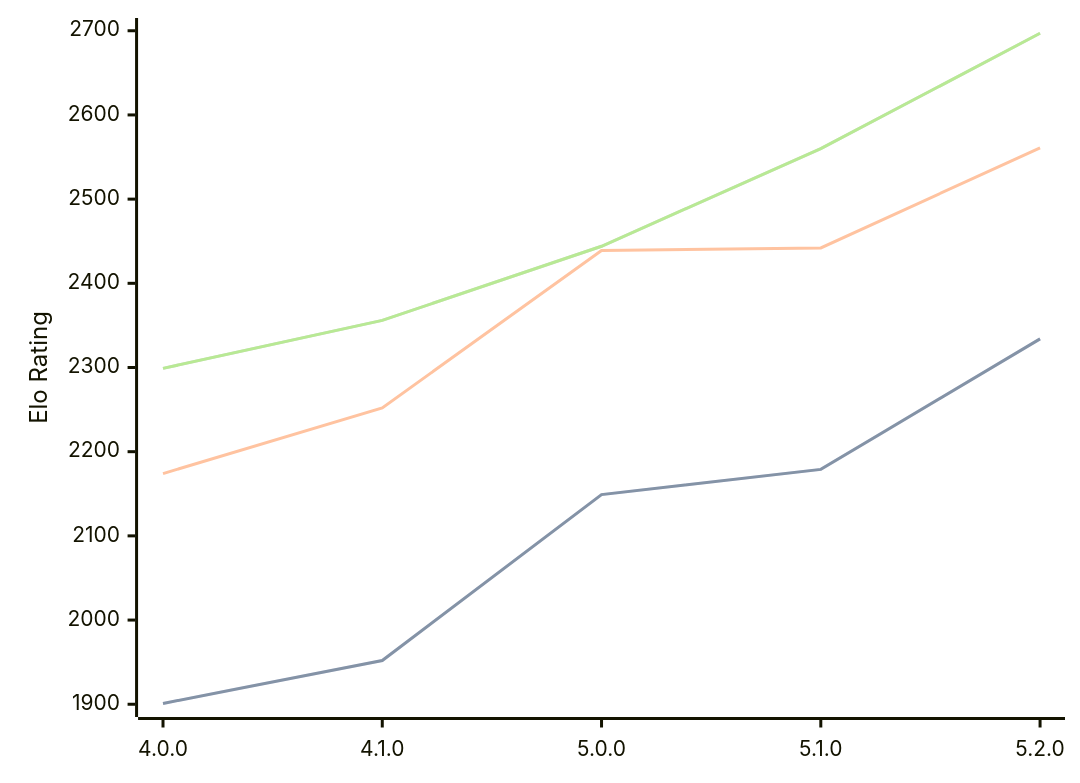
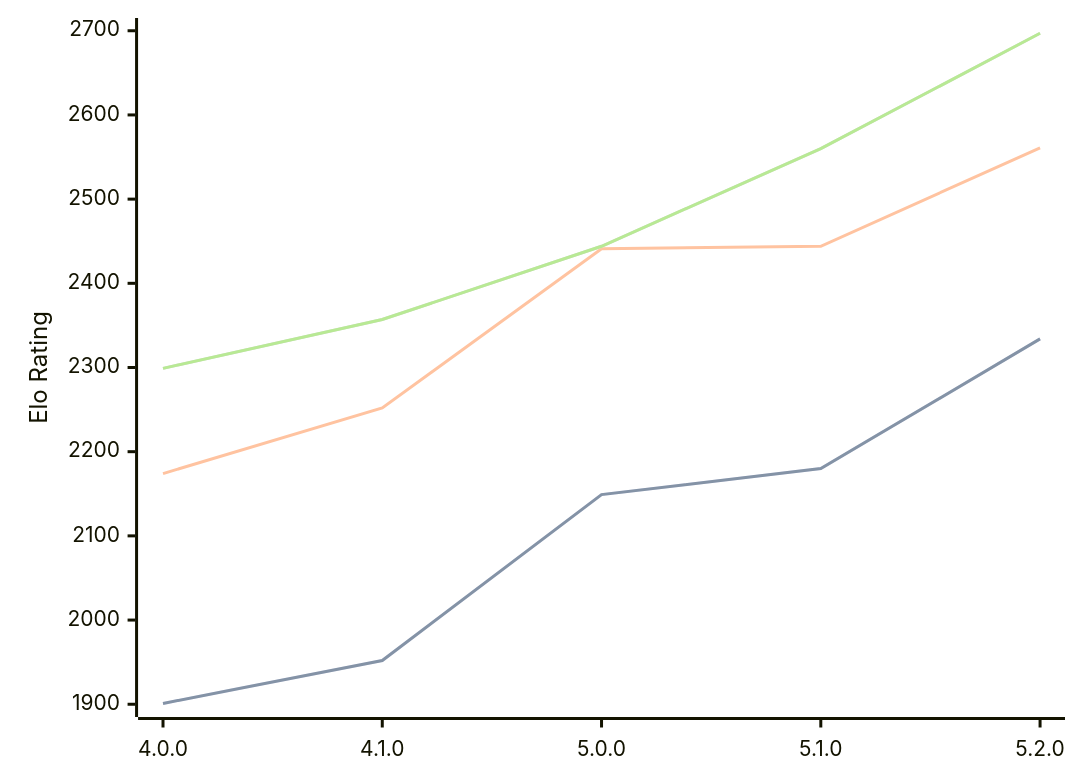
The first of 3 diagrams in engines/Aconcagua.md (computer-chess-index/cci), drawn with Mermaid before and after one commit. The commit also changed other lines of this file, not shown here.

Commit message:
Update CCI Ratings (ELO VLTC) - 2026-07-08

````diff
--- a/engines/Aconcagua.md
+++ b/engines/Aconcagua.md
@@ -44,11 +44,11 @@
 ```mermaid
 %%{init: {"theme":"base","themeVariables":{"seriesColors:['#a3a3a3','#222221','#faa371']}}}%%
 xychart-beta
   x-axis ["4.0.0", "4.1.0", "5.0.0", "5.1.0", "5.2.0"]
   y-axis "Elo Rating" 1900 --> 2700
-  line "STC (8.0+0.08s)" [1901, 1952, 2149, 2179, 2334]
-  line "STC (8.0+0.08s)" [1901, 1952, 2149, 2179, 2334]
-  line "LTC (60.0+0.60s)" [2174, 2252, 2439, 2442, 2561]
-  line "VLTC (2m24s+1.12s)" [2299, 2356, 2444, 2560, 2697]
-  line "VLTC (2m24s+1.12s)" [2299, 2356, 2444, 2560, 2697]
+  line "STC (8.0+0.08s)" [1901, 1952, 2149, 2180, 2334]
+  line "STC (8.0+0.08s)" [1901, 1952, 2149, 2180, 2334]
+  line "LTC (60.0+0.60s)" [2174, 2252, 2441, 2444, 2561]
+  line "VLTC (2m24s+1.12s)" [2299, 2357, 2444, 2560, 2697]
+  line "VLTC (2m24s+1.12s)" [2299, 2357, 2444, 2560, 2697]
 ```
````
